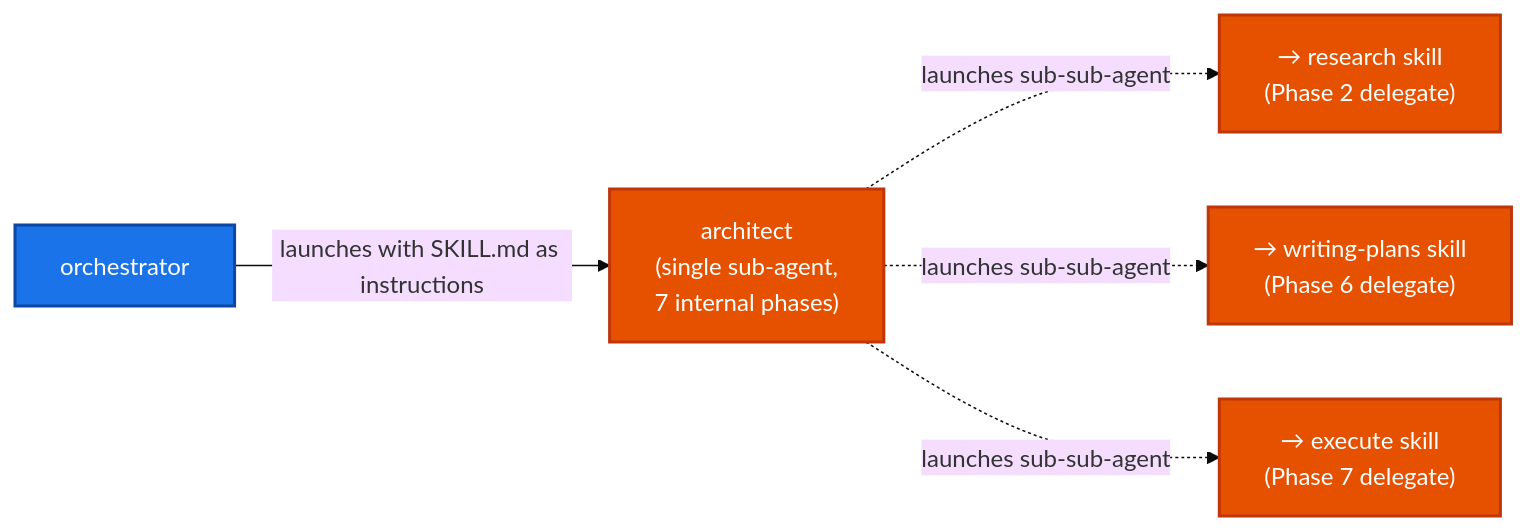
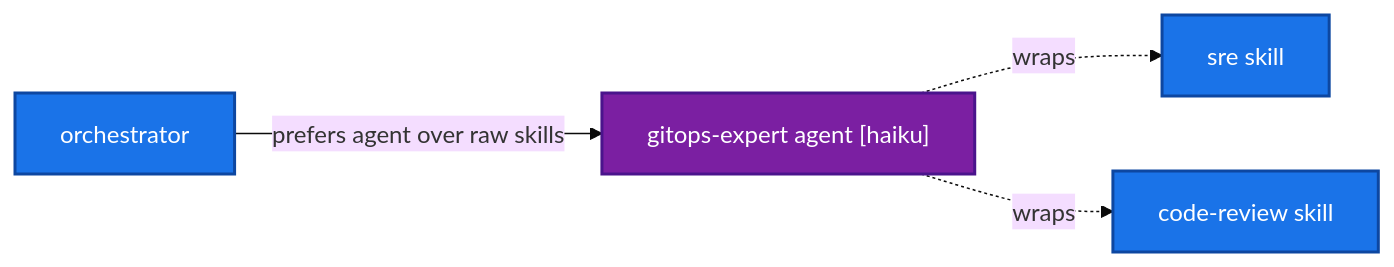
Before and after one commit to OliverEsoterik/fleet-management: the sixth of 6 diagrams in WORKFLOW.md, drawn with Mermaid (base theme). The commit also changed other lines of this file and 19 other files, not shown here.

Commit message:
refactor to graph

````diff
--- a/WORKFLOW.md
+++ b/WORKFLOW.md
@@ -142,19 +212,18 @@
 ```mermaid
 flowchart LR
   classDef skill fill:#1a73e8,color:#fff,stroke:#0d47a1,stroke-width:2px
-  classDef subagent fill:#e65100,color:#fff,stroke:#bf360c,stroke-width:2px
+  classDef agent fill:#7b1fa2,color:#fff,stroke:#4a148c,stroke-width:2px
 
   orchestrator["orchestrator"]
-  architectAgent["architect<br/>(single sub-agent,<br/>7 internal phases)"]
-  researchSkill["→ research skill<br/>(Phase 2 delegate)"]
-  writingPlansSkill["→ writing-plans skill<br/>(Phase 6 delegate)"]
-  executeSkill["→ execute skill<br/>(Phase 7 delegate)"]
+  gitops["gitops-expert agent [haiku]"]
+  sre["sre skill"]
+  codeReview["code-review skill"]
 
-  orchestrator -->|launches with SKILL.md as instructions| architectAgent
-  architectAgent -.->|launches sub-sub-agent| researchSkill
-  architectAgent -.->|launches sub-sub-agent| writingPlansSkill
-  architectAgent -.->|launches sub-sub-agent| executeSkill
+  orchestrator -->|prefers agent over raw skills| gitops
+  gitops -.->|wraps| sre
+  gitops -.->|wraps| codeReview
 
   class orchestrator skill
-  class architectAgent,researchSkill,writingPlansSkill,executeSkill subagent
+  class gitops agent
+  class sre,codeReview skill
 ```
````
